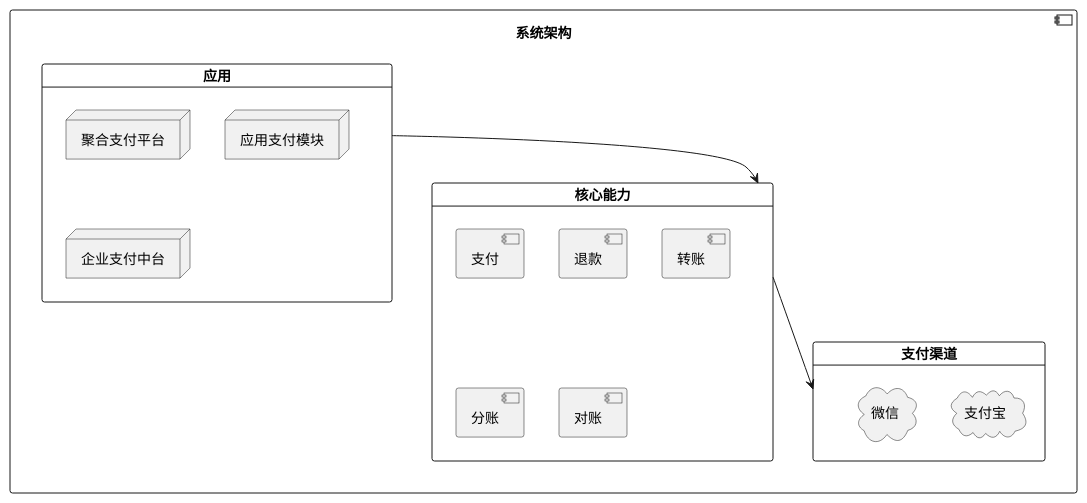
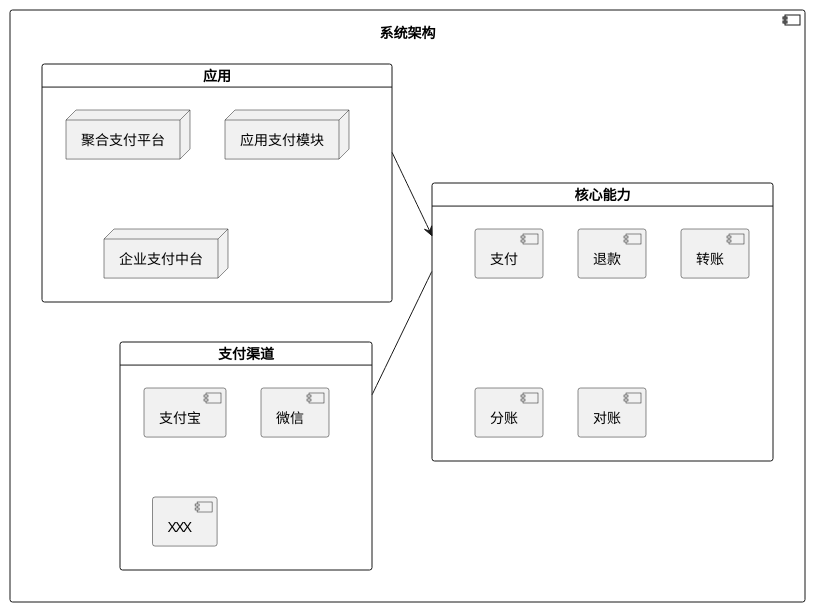
Before and after one commit to red-jasmine/docs: the first of 2 diagrams in docs/payments/index.md, drawn with PlantUML. The commit also changed other lines of this file, not shown here.

First line of the commit message:
docs(payments): 更新支付系统概念和架构图

````diff
--- a/docs/payments/index.md
+++ b/docs/payments/index.md
@@ -34,38 +34,36 @@
 ```plantuml
 @startuml
 
 component 系统架构 {
 
 card 应用 {
 node 聚合支付平台
 node 应用支付模块
 node 企业支付中台
-node 企业支付中台
-node 企业支付中台
-node 企业支付中台
-node 企业支付中台
+
 }
 
 
 card 核心能力{
 component 支付
 component 退款
 component 转账
 component 分账
 component 对账
 
 }
 
 card 支付渠道{
-	cloud 支付宝
-	cloud 微信
+	component 支付宝
+	component 微信
+	component XXX
 }
 应用 --> 核心能力
 
-核心能力 --> 支付渠道
+核心能力 -- 支付渠道
 
 }
 
 @enduml
 	
 ```
````
